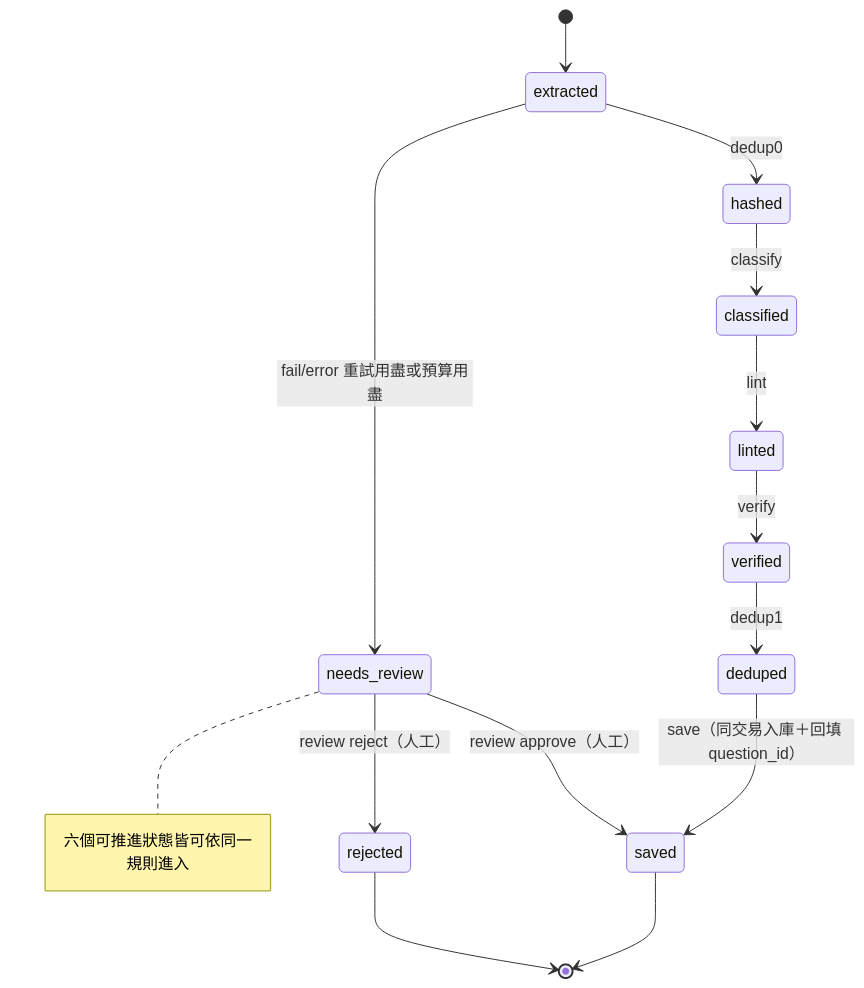
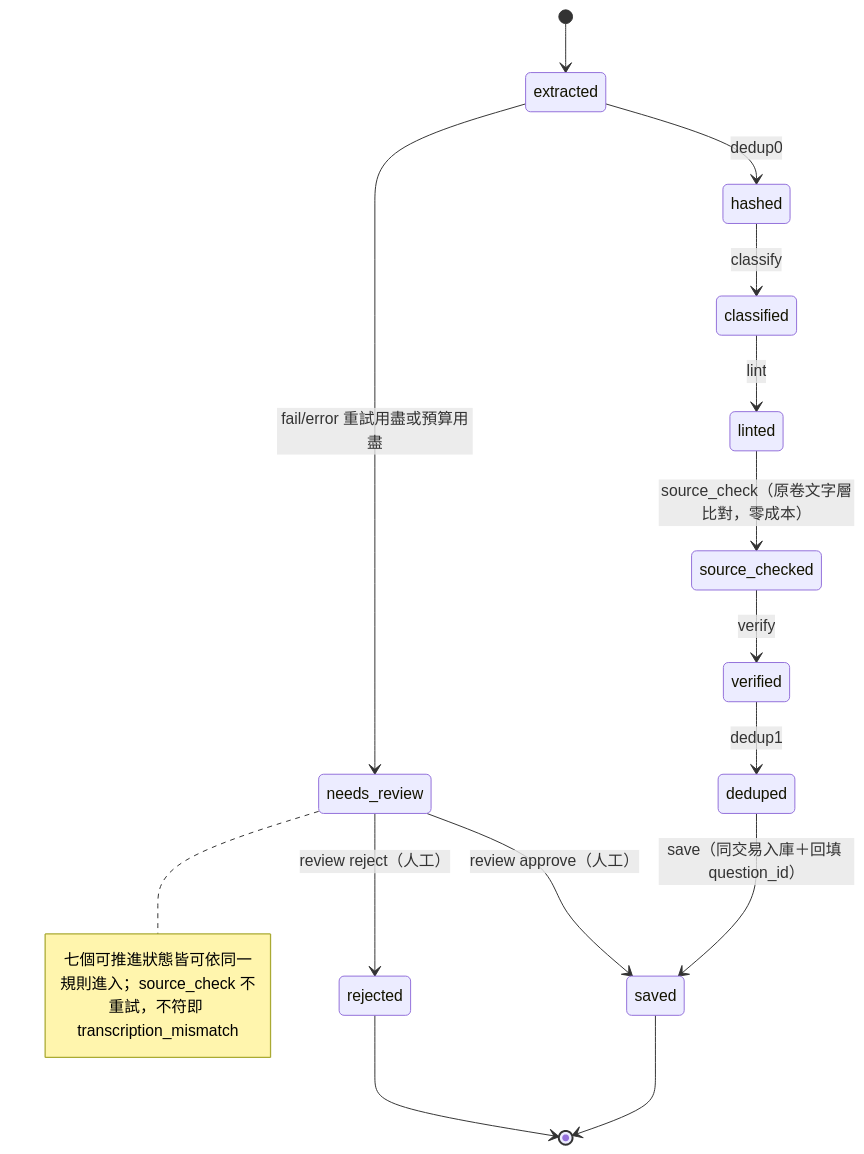
Before and after one commit to Tom-Yang-Ben/tutor-exam-bank: the third of 3 diagrams in engineering_docs/04_design/lld.md, drawn with Mermaid. The commit also changed other lines of this file and 20 other files, not shown here.

First line of the commit message:
docs(source-check): 同步原卷文字層比對的介面、工程文件與校準紀錄

````diff
--- a/engineering_docs/04_design/lld.md
+++ b/engineering_docs/04_design/lld.md
@@ -117,16 +119,17 @@
 ```mermaid
 stateDiagram-v2
     [*] --> extracted
     extracted --> hashed: dedup0
     hashed --> classified: classify
     classified --> linted: lint
-    linted --> verified: verify
+    linted --> source_checked: source_check（原卷文字層比對，零成本）
+    source_checked --> verified: verify
     verified --> deduped: dedup1
     deduped --> saved: save（同交易入庫＋回填 question_id）
     extracted --> needs_review: fail/error 重試用盡或預算用盡
-    note right of needs_review: 六個可推進狀態皆可依同一規則進入
+    note right of needs_review: 七個可推進狀態皆可依同一規則進入；source_check 不重試，不符即 transcription_mismatch
     needs_review --> saved: review approve（人工）
     needs_review --> rejected: review reject（人工）
     saved --> [*]
     rejected --> [*]
 ```
````
